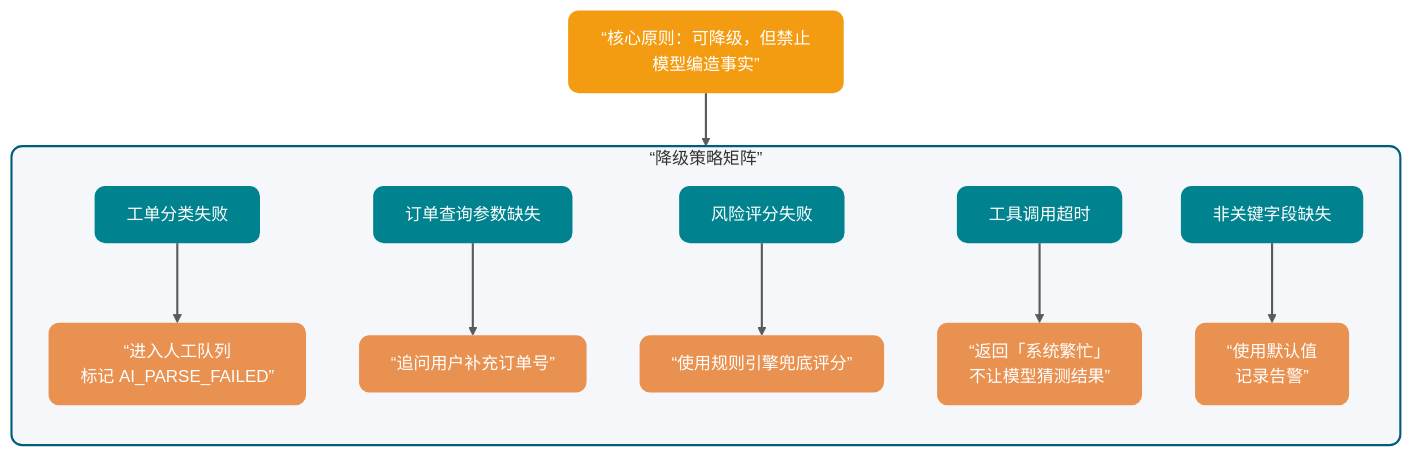
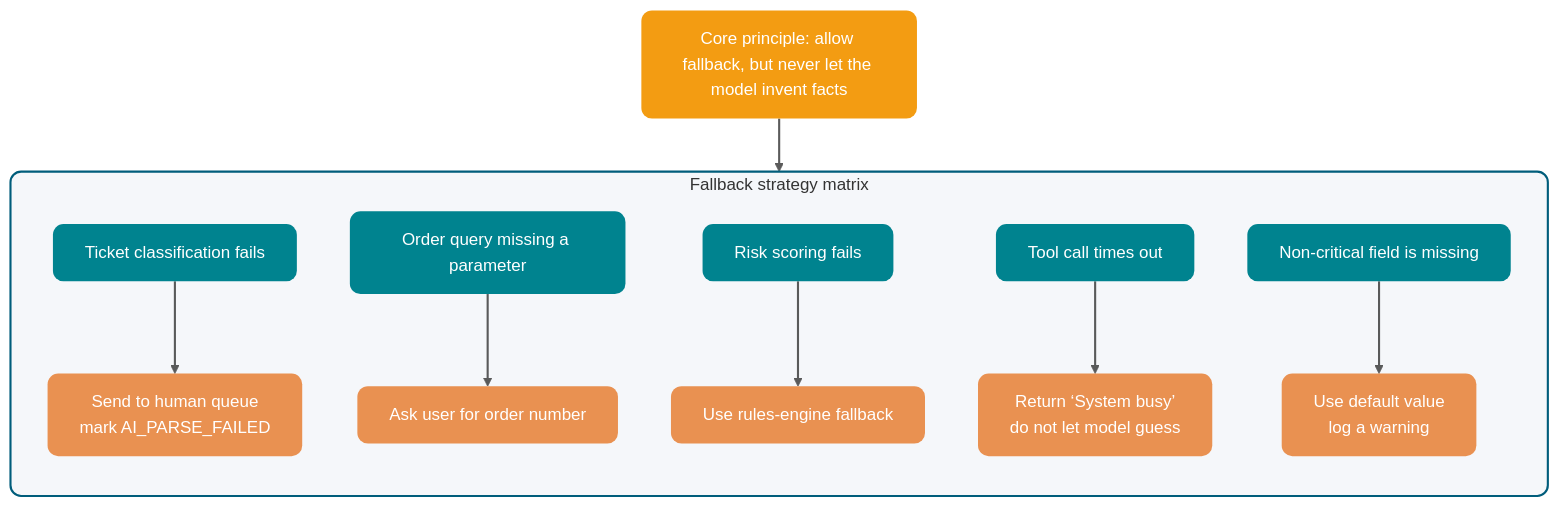
The third of 3 diagrams in docs/ai/llm-basis/structured-output-function-calling.md (m3h3d1/JavaGuideEn), drawn with Mermaid (neutral theme) before and after one commit. The commit also changed other lines of this file and 108 other files, not shown here.

````diff
--- a/docs/ai/llm-basis/structured-output-function-calling.md
+++ b/docs/ai/llm-basis/structured-output-function-calling.md
@@ -600,27 +600,27 @@
 ```mermaid
 flowchart TB
-    %% ========== 配色声明 ==========
+    %% ========== Color definitions ==========
     classDef scenario fill:#00838F,color:#FFFFFF,stroke:none,rx:10,ry:10
     classDef strategy fill:#E99151,color:#FFFFFF,stroke:none,rx:10,ry:10
     classDef warning fill:#F39C12,color:#FFFFFF,stroke:none,rx:10,ry:10
     classDef note fill:#607D8B,color:#FFFFFF,stroke:none,rx:10,ry:10
 
-    %% ========== 核心原则 ==========
-    Core[“核心原则：可降级，但禁止模型编造事实”]:::warning
+    %% ========== Core principle ==========
+    Core["Core principle: allow fallback, but never let the model invent facts"]:::warning
 
-    %% ========== 场景-策略矩阵 ==========
-    subgraph matrix[“降级策略矩阵”]
+    %% ========== Scenario-strategy matrix ==========
+    subgraph matrix["Fallback strategy matrix"]
         direction TB
-        S1[工单分类失败]:::scenario --> A1[“进入人工队列<br/>标记 AI_PARSE_FAILED”]:::strategy
-        S2[订单查询参数缺失]:::scenario --> A2[“追问用户补充订单号”]:::strategy
-        S3[风险评分失败]:::scenario --> A3[“使用规则引擎兜底评分”]:::strategy
-        S4[工具调用超时]:::scenario --> A4[“返回「系统繁忙」<br/>不让模型猜测结果”]:::strategy
-        S5[非关键字段缺失]:::scenario --> A5[“使用默认值<br/>记录告警”]:::strategy
+        S1[Ticket classification fails]:::scenario --> A1["Send to human queue<br/>mark AI_PARSE_FAILED"]:::strategy
+        S2[Order query missing a parameter]:::scenario --> A2["Ask user for order number"]:::strategy
+        S3[Risk scoring fails]:::scenario --> A3["Use rules-engine fallback"]:::strategy
+        S4[Tool call times out]:::scenario --> A4["Return ‘System busy’<br/>do not let model guess"]:::strategy
+        S5[Non-critical field is missing]:::scenario --> A5["Use default value<br/>log a warning"]:::strategy
     end
 
     Core --> matrix
 
-    %% ========== 样式 ==========
+    %% ========== Styles ==========
     linkStyle default stroke-width:2px,stroke:#333333,opacity:0.8
     style matrix fill:#F5F7FA,color:#333333,stroke:#005D7B,stroke-width:2px,rx:10,ry:10
 ```
````
